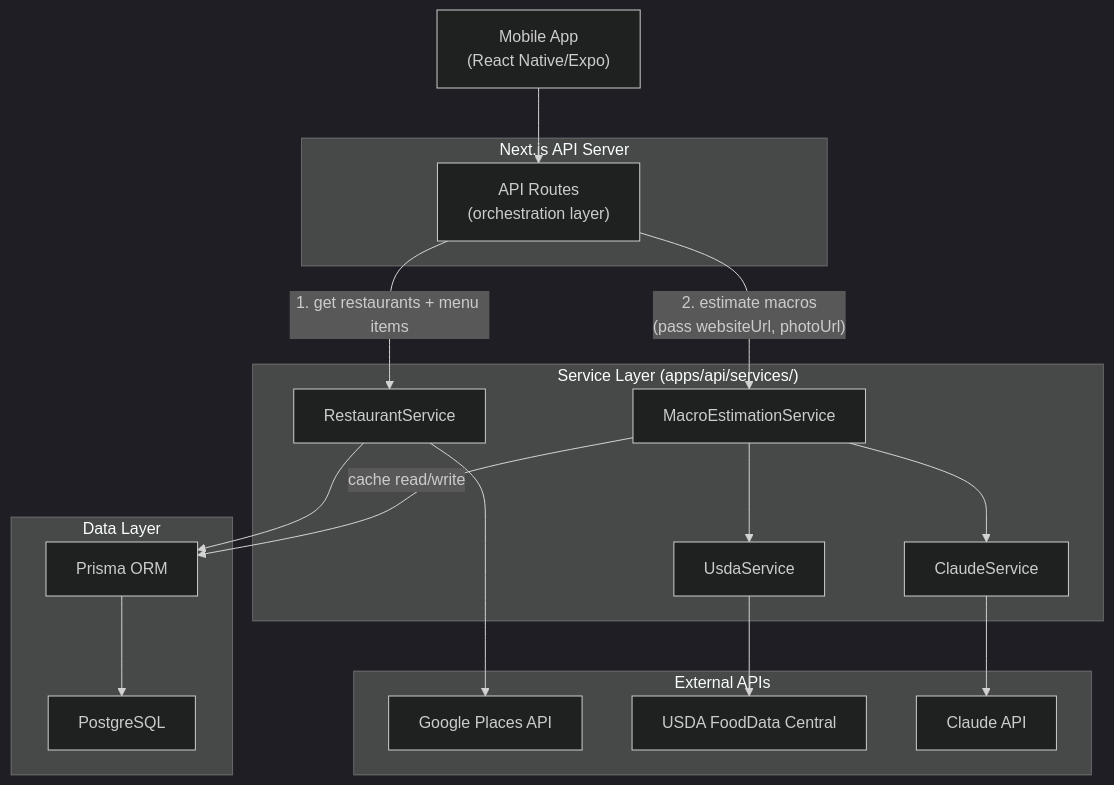
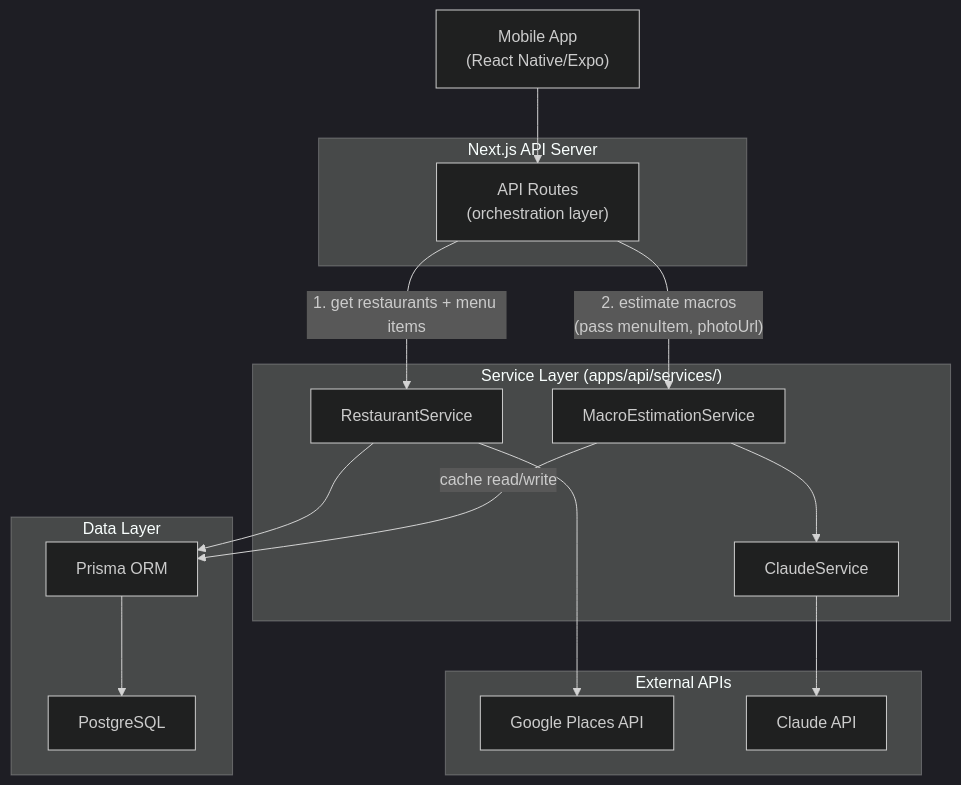
Before and after one commit to dgmolla/fitsy: the first of 4 diagrams in docs/engineering/backend/system-design.md, drawn with Mermaid (dark theme). The commit also changed other lines of this file and 3 other files, not shown here.

````diff
--- a/docs/engineering/backend/system-design.md
+++ b/docs/engineering/backend/system-design.md
@@ -16,41 +16,36 @@
 ```mermaid
 graph TD
     Client["Mobile App<br/>(React Native/Expo)"]
 
     subgraph "Next.js API Server"
         API["API Routes<br/>(orchestration layer)"]
     end
 
     subgraph "Service Layer (apps/api/services/)"
         RS["RestaurantService"]
         MS["MacroEstimationService"]
-        US["UsdaService"]
         CS["ClaudeService"]
     end
 
     subgraph "External APIs"
         GP["Google Places API"]
-        USDA["USDA FoodData Central"]
         CL["Claude API"]
     end
 
     subgraph "Data Layer"
         Prisma["Prisma ORM"]
         PG["PostgreSQL"]
     end
 
     Client --> API
     API -- "1. get restaurants + menu items" --> RS
-    API -- "2. estimate macros<br/>(pass websiteUrl, photoUrl)" --> MS
+    API -- "2. estimate macros<br/>(pass menuItem, photoUrl)" --> MS
 
     RS --> GP
-    MS --> US
     MS --> CS
-
-    US --> USDA
     CS --> CL
 
     MS -- "cache read/write" --> Prisma
     RS --> Prisma
     Prisma --> PG
 ```
````
